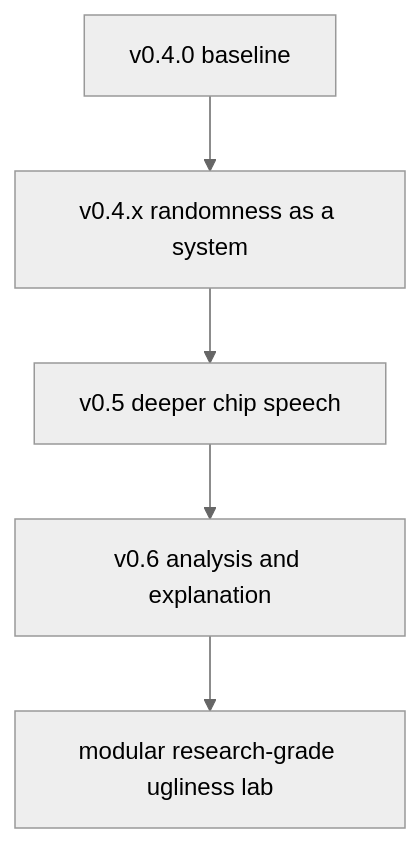
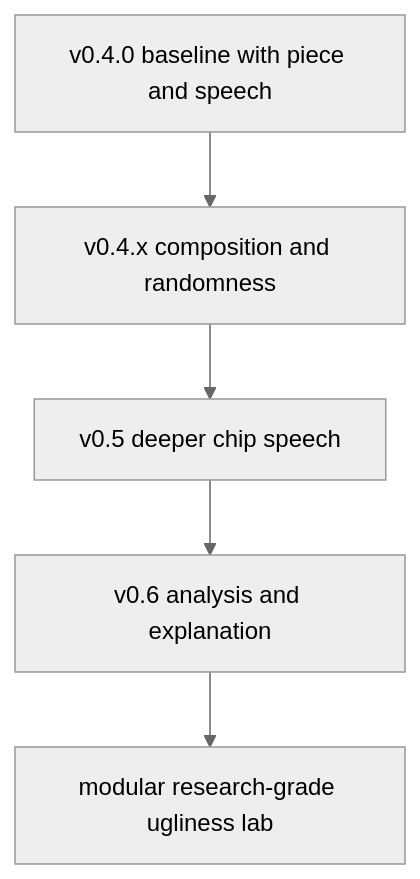
The diagram in docs/ROADMAP.md (TheColby/UglySoundGenerator), drawn with Mermaid (neutral theme) before and after one commit. The commit also changed other lines of this file, not shown here.

Commit message:
Refresh roadmap for piece and speech

````diff
--- a/docs/ROADMAP.md
+++ b/docs/ROADMAP.md
@@ -95,7 +112,7 @@
 ```mermaid
 flowchart TD
-  A["v0.4.0 baseline"] --> B["v0.4.x randomness as a system"]
+  A["v0.4.0 baseline with piece and speech"] --> B["v0.4.x composition and randomness"]
   B --> C["v0.5 deeper chip speech"]
   C --> D["v0.6 analysis and explanation"]
   D --> E["modular research-grade ugliness lab"]
 ```
````
